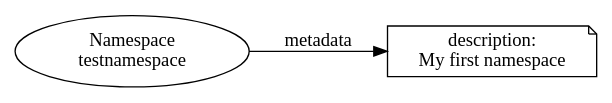
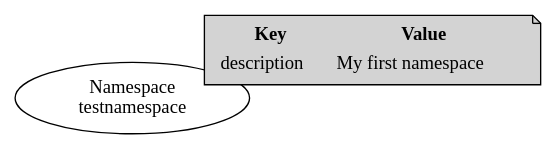
The diagram in mkdocs/pages/en/devbook/namespaces/namespace-metadata.md (symbol/symbol), drawn with Graphviz before and after one commit. The commit also changed other lines of this file and 2 other files, not shown here.

````diff
--- a/mkdocs/pages/en/devbook/namespaces/namespace-metadata.md
+++ b/mkdocs/pages/en/devbook/namespaces/namespace-metadata.md
@@ -13,8 +13,13 @@
 ```dot
 digraph {
-    rankdir="LR";
-    NS [label="Namespace\ntestnamespace" tooltip="Namespace"];
-    Metadata [label="description:\nMy first namespace" tooltip="Metadata entry" shape=note];
-    NS -> Metadata [label="metadata"];
+    layout="neato";
+    Namespace [label="Namespace\ntestnamespace" tooltip="Namespace" pos="0,0!"];
+    Metadata [
+        style=filled
+        class=metadata
+        label=<<table border="0"><tr><td><b>Key</b></td><td><b>Value</b></td></tr><tr><td>description</td><td>My first namespace</td></tr></table>>
+        tooltip="Metadata entry"
+        shape=note
+        pos="2.5,0.5!"];
 }
 ```
````
